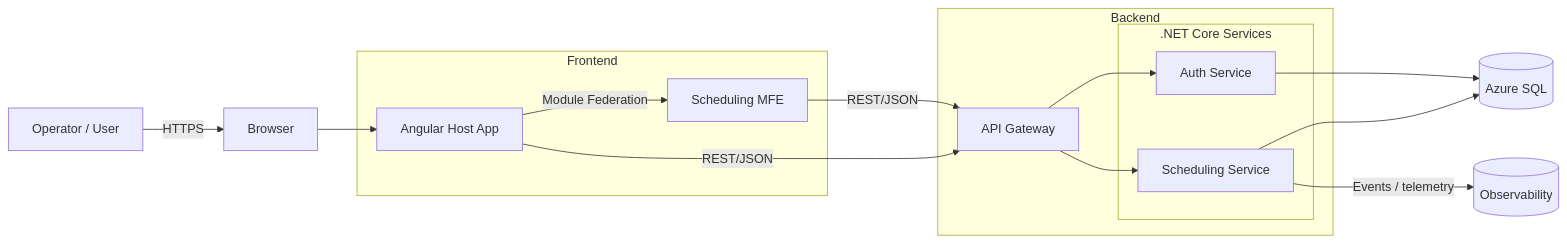
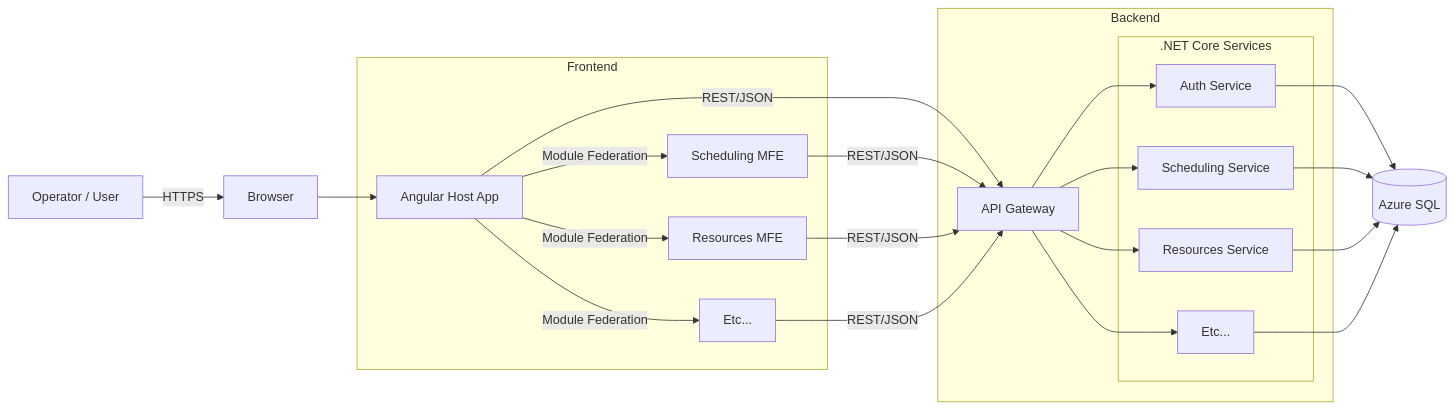
The diagram in pmis-docs/content/index.mdx (atlamors/pmis-panama), drawn with Mermaid before and after one commit. The commit also changed other lines of this file and 30 other files, not shown here.

````diff
--- a/pmis-docs/content/index.mdx
+++ b/pmis-docs/content/index.mdx
@@ -5,29 +5,35 @@
 ```mermaid
 ---
 config:
-  layout: dagre
-  theme: mc
+    layout: dagre
+    theme: mc
 ---
 flowchart LR
-  subgraph FE["Frontend"]
-    host["Angular Host App"]
-    mfe1["Scheduling MFE"]
+ subgraph FE["Frontend"]
+        host["Angular Host App"]
+        mfe1["Scheduling MFE"]
+        mfe2["Resources MFE"]
+        mfe3["Etc..."]
   end
-  subgraph SVC[".NET Core Services"]
-    sched["Scheduling Service"]
-    auth["Auth Service"]
+ subgraph SVC[".NET Core Services"]
+        service1["Auth Service"]
+        service2["Scheduling Service"]
+        service3["Resources Service"]
+        service4["Etc..."]
   end
-  subgraph BE["Backend"]
-    gw["API Gateway"]
-    SVC
+ subgraph BE["Backend"]
+        gw["API Gateway"]
+        SVC
   end
-  user["Operator / User"] -- HTTPS --> browser["Browser"]
-  browser --> host
-  host -- Module Federation --> mfe1
-  host -- REST/JSON --> gw
-  mfe1 -- REST/JSON --> gw
-  gw --> sched & auth
-  sched --> db[("Azure SQL")]
-  auth --> db
-  sched -- Events / telemetry --> obs[("Observability")]
+    user["Operator / User"] -- HTTPS --> browser["Browser"]
+    browser --> host
+    host -- Module Federation --> mfe1
+    host -- Module Federation --> mfe2
+    host -- Module Federation --> mfe3
+    host -- REST/JSON --> gw
+    mfe1 -- REST/JSON --> gw
+    mfe2 -- REST/JSON --> gw
+    mfe3 -- REST/JSON --> gw
+    gw --> service1 & service2 & service3 & service4
+    service1 & service2 & service3 & service4 --> db[("Azure SQL")]
 ```
````
